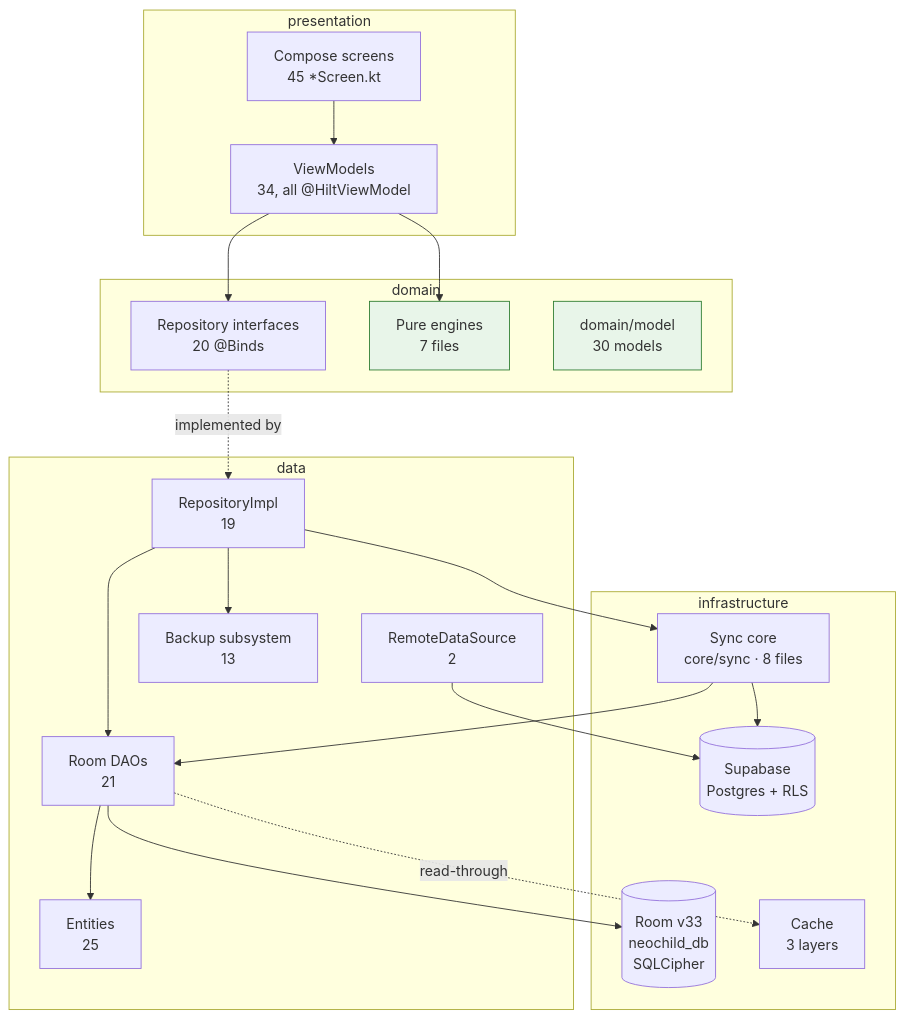
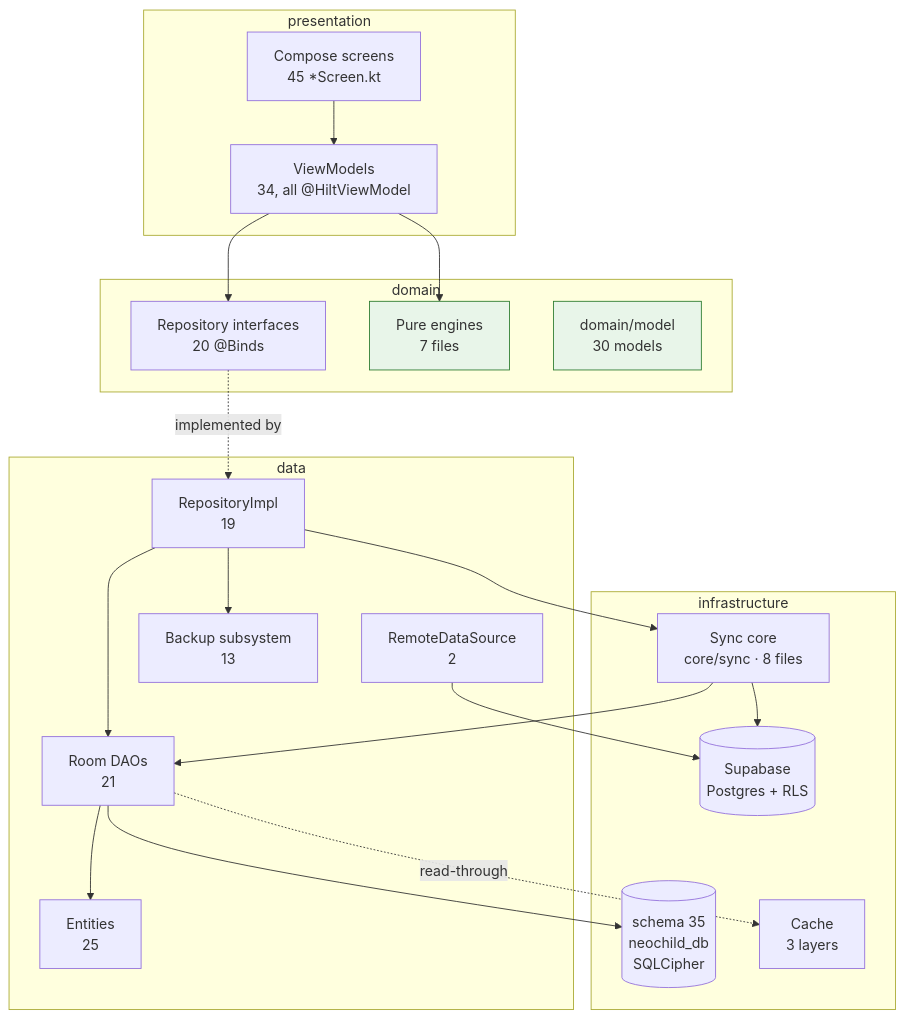
Before and after one commit to CyferBoy/Neo_Child_Clinic: the first of 3 diagrams in docs/Knowledge_Base/Architecture Map.md, drawn with Mermaid. The commit also changed 302 other files, not shown here.

````diff
--- a/docs/Knowledge_Base/Architecture Map.md
+++ b/docs/Knowledge_Base/Architecture Map.md
@@ -22,42 +22,42 @@
 ```mermaid
 graph TB
     subgraph pres["presentation"]
         SCR["Compose screens<br/>45 *Screen.kt"]
         VM["ViewModels<br/>34, all @HiltViewModel"]
     end
     subgraph dom["domain"]
         REPOI["Repository interfaces<br/>20 @Binds"]
         ENG["Pure engines<br/>7 files"]
         MODEL["domain/model<br/>30 models"]
     end
     subgraph dat["data"]
         REPO["RepositoryImpl<br/>19"]
         DAO["Room DAOs<br/>21"]
         ENT["Entities<br/>25"]
         REM["RemoteDataSource<br/>2"]
         BAK["Backup subsystem<br/>13"]
     end
     subgraph infra["infrastructure"]
-        DB[("Room v33<br/>neochild_db<br/>SQLCipher")]
+        DB[("schema 35<br/>neochild_db<br/>SQLCipher")]
         SB[("Supabase<br/>Postgres + RLS")]
         SYNC["Sync core<br/>core/sync · 8 files"]
         CACHE["Cache<br/>3 layers"]
     end
 
     SCR --> VM
     VM --> REPOI
     VM --> ENG
     REPOI -.implemented by.-> REPO
     REPO --> DAO
     REPO --> BAK
     DAO --> ENT
     DAO --> DB
     REM --> SB
     SYNC --> DAO
     SYNC --> SB
     REPO --> SYNC
     DAO -.read-through.-> CACHE
 
     classDef pure fill:#e8f5e9,stroke:#2e7d32
     class ENG,MODEL pure
 ```
````
